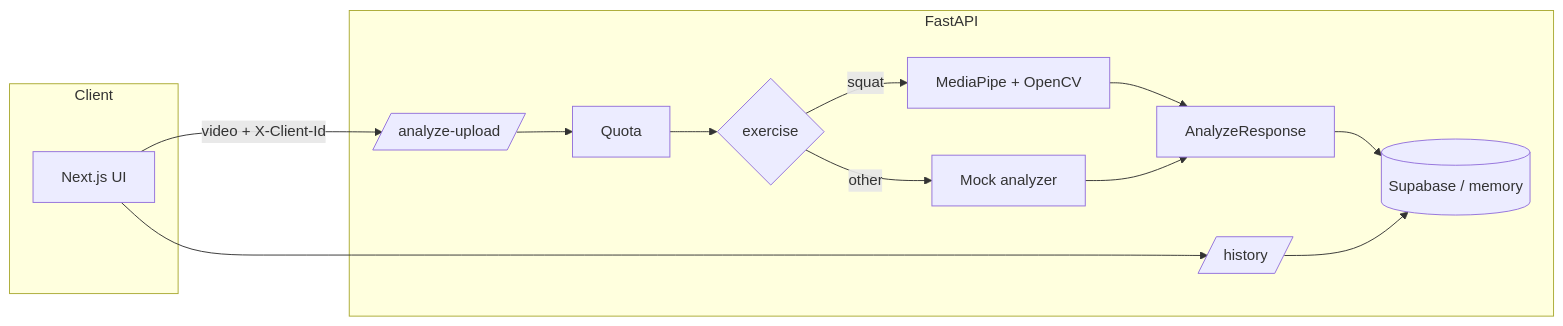
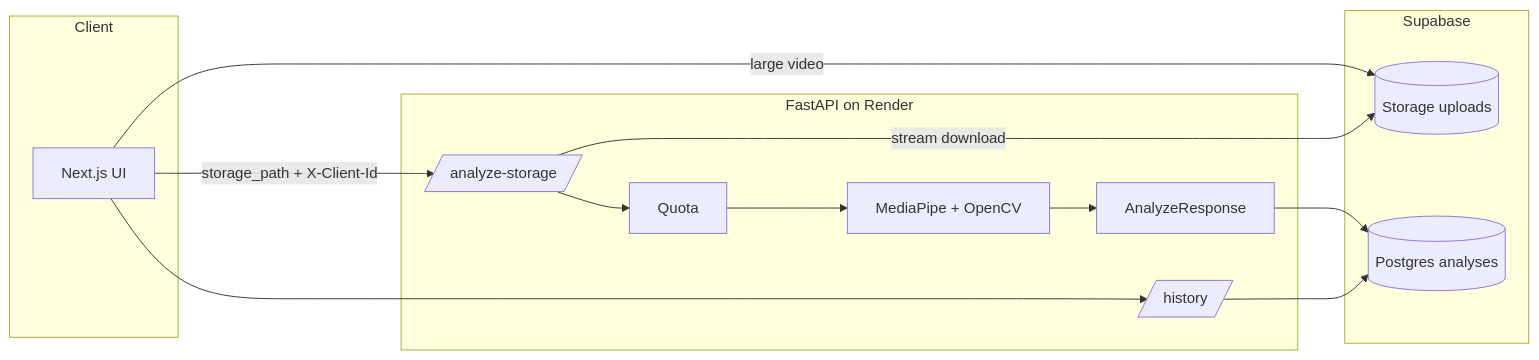
One commit to bluxio/visionflow changed the diagram in README.md. Above: the diagram before and after it, drawn with Mermaid. The commit also changed other lines of this file and 2 other files, not shown here.

````diff
--- a/README.md
+++ b/README.md
@@ -23,20 +31,23 @@
 ```mermaid
 flowchart LR
   subgraph Client
     Next[Next.js UI]
   end
-  subgraph API[FastAPI]
-    Up[/analyze-upload/]
+  subgraph Storage[Supabase]
+    Bucket[(Storage uploads)]
+    DB[(Postgres analyses)]
+  end
+  subgraph API[FastAPI on Render]
+    Analyze[/analyze-storage/]
     Hist[/history/]
-    Up --> Quota
-    Quota --> Route{exercise}
-    Route -->|squat| CV[MediaPipe + OpenCV]
-    Route -->|other| Mock[Mock analyzer]
+    Analyze --> Quota
+    Quota --> CV[MediaPipe + OpenCV]
     CV --> JSON[AnalyzeResponse]
-    Mock --> JSON
-    JSON --> DB[(Supabase / memory)]
+    JSON --> DB
   end
-  Next -->|video + X-Client-Id| Up
+  Next -->|large video| Bucket
+  Next -->|storage_path + X-Client-Id| Analyze
+  Analyze -->|stream download| Bucket
   Next --> Hist
   Hist --> DB
 ```
````
